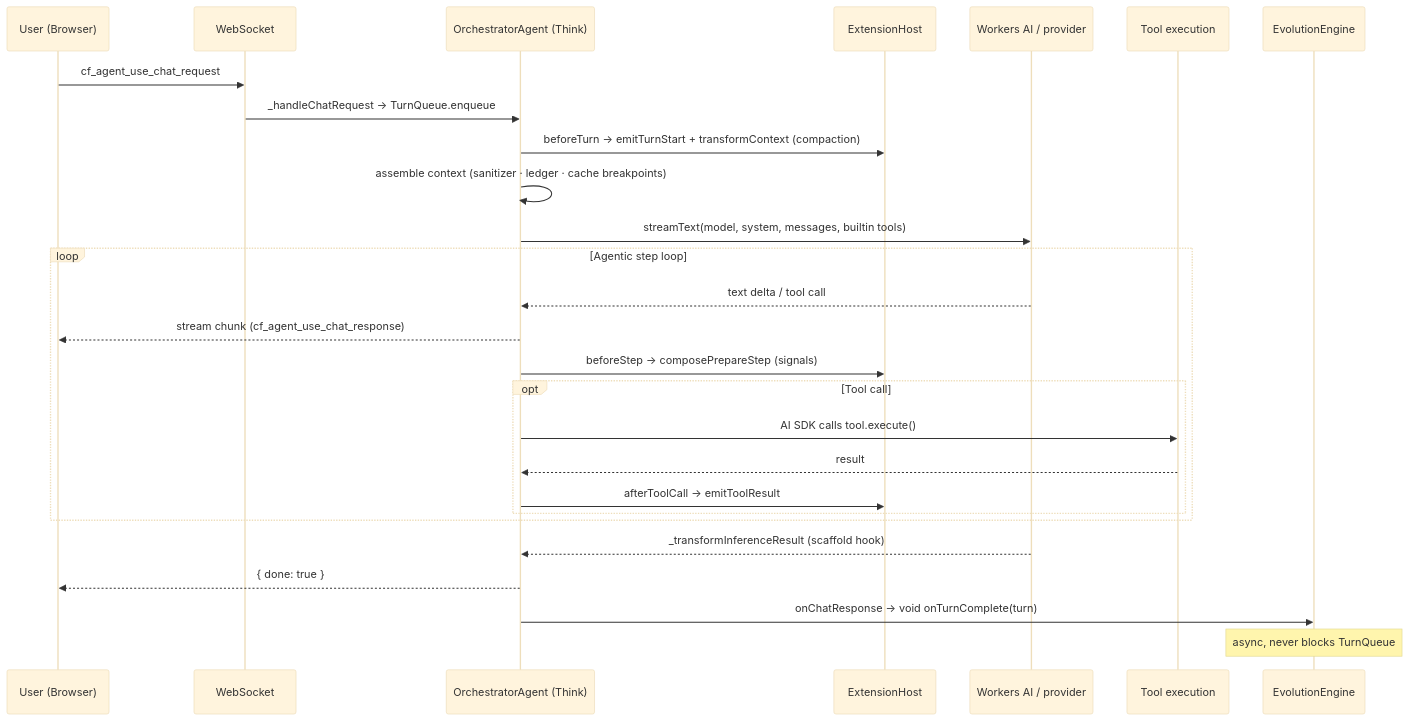
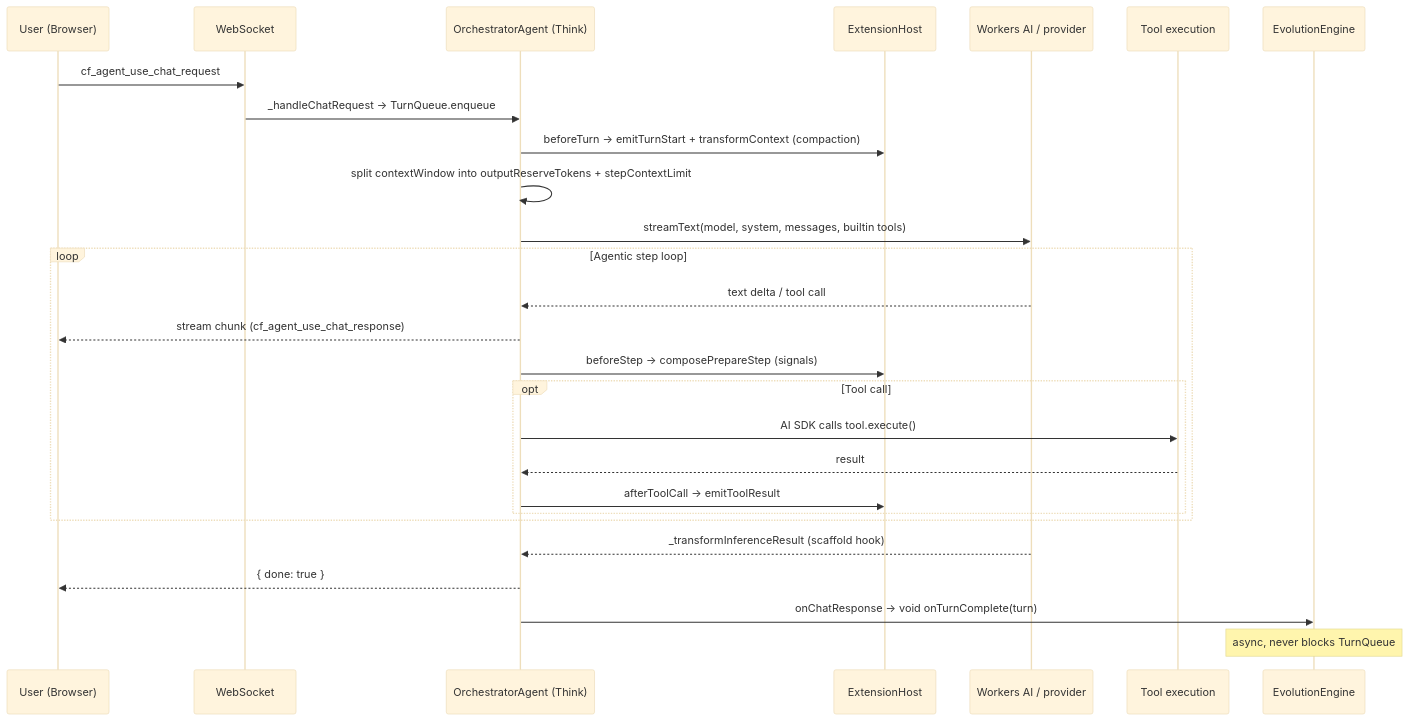
One commit to AshishKumar4/kinu changed the fourth of 5 diagrams in docs/ARCHITECTURE.md. Above: the diagram before and after it, drawn with Mermaid (base theme). The commit also changed other lines of this file and 761 other files, not shown here.

````diff
--- a/docs/ARCHITECTURE.md
+++ b/docs/ARCHITECTURE.md
@@ -277,30 +279,30 @@
 ```mermaid
 sequenceDiagram
     participant U as User (Browser)
     participant WS as WebSocket
     participant T as OrchestratorAgent (Think)
     participant X as ExtensionHost
     participant LLM as Workers AI / provider
     participant Tools as Tool execution
     participant Evo as EvolutionEngine
 
     U->>WS: cf_agent_use_chat_request
     WS->>T: _handleChatRequest → TurnQueue.enqueue
     T->>X: beforeTurn → emitTurnStart + transformContext (compaction)
-    T->>T: assemble context (sanitizer · ledger · cache breakpoints)
+    T->>T: split contextWindow into outputReserveTokens + stepContextLimit
     T->>LLM: streamText(model, system, messages, builtin tools)
     loop Agentic step loop
         LLM-->>T: text delta / tool call
         T-->>U: stream chunk (cf_agent_use_chat_response)
         T->>X: beforeStep → composePrepareStep (signals)
         opt Tool call
             T->>Tools: AI SDK calls tool.execute()
             Tools-->>T: result
             T->>X: afterToolCall → emitToolResult
         end
     end
     LLM-->>T: _transformInferenceResult (scaffold hook)
     T-->>U: { done: true }
     T->>Evo: onChatResponse → void onTurnComplete(turn)
     Note over Evo: async, never blocks TurnQueue
 ```
````
